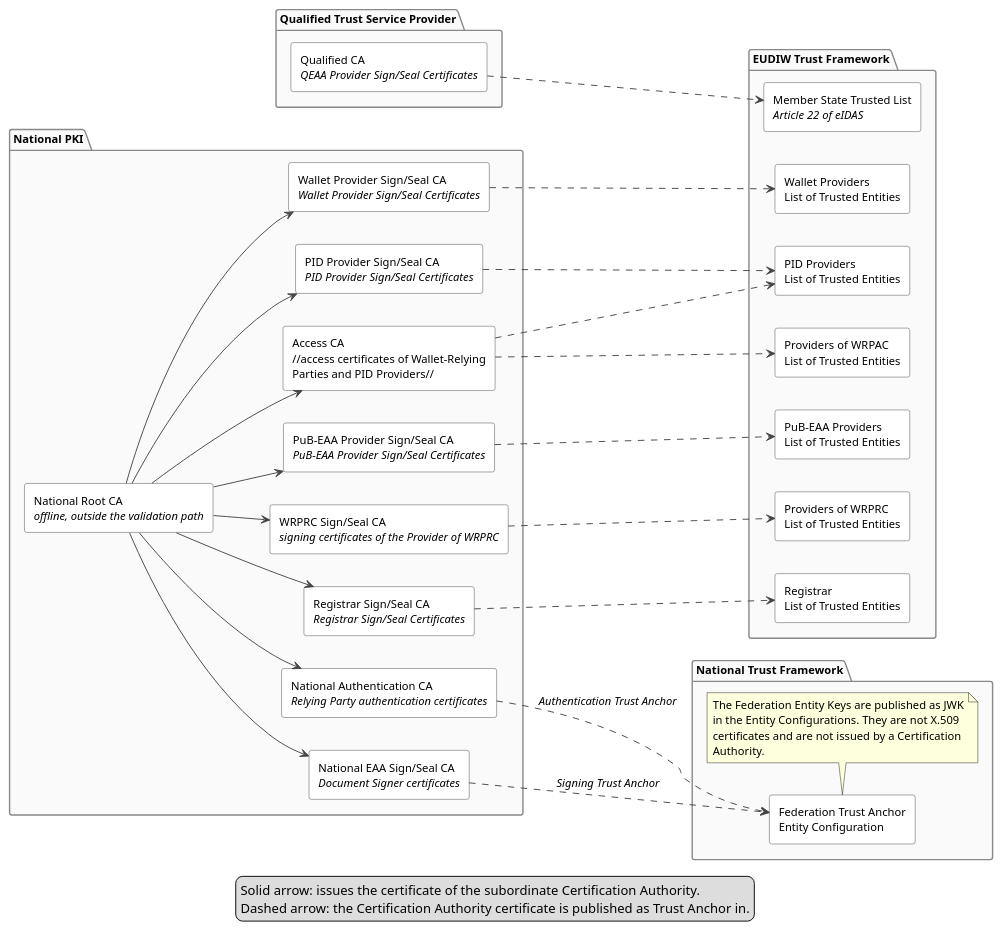
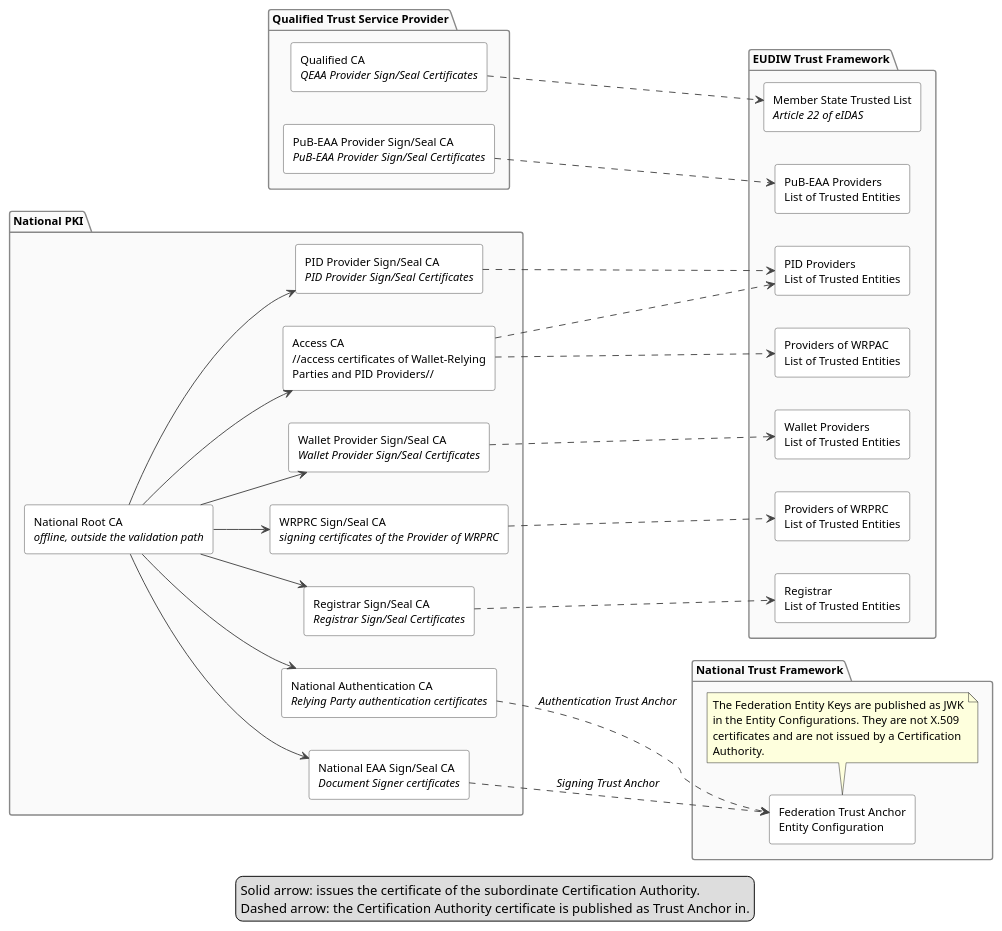
The diagram in docs/en/plantuml/pki-architecture.puml (italia/eid-wallet-it-docs), drawn with PlantUML before and after one commit. The commit also changed other lines of this file and 1 other file, not shown here.

Commit message:
fix: cert of pub-eaa provider is issued by a qtsp

```diff
--- a/docs/en/plantuml/pki-architecture.puml
+++ b/docs/en/plantuml/pki-architecture.puml
@@ -1,90 +1,90 @@
 @startuml IT-Wallet - PKI Architecture
 ' Certification hierarchies and publication channel of the derived Trust Anchors.
 
 skinparam shadowing false
 skinparam defaultFontName Helvetica
 skinparam defaultFontSize 12
 skinparam ArrowColor #444444
 skinparam rectangle {
   BackgroundColor White
   BorderColor #444444
 }
 skinparam package {
   BackgroundColor #FAFAFA
   BorderColor #888888
   FontStyle bold
 }
 
 left to right direction
 
 package "National PKI" as NAT {
 
   rectangle "National Root CA\n//offline, outside the validation path//" as ROOT
 
   rectangle "PID Provider Sign/Seal CA\n//PID Provider Sign/Seal Certificates//" as CA_PIDS
   rectangle "Wallet Provider Sign/Seal CA\n//Wallet Provider Sign/Seal Certificates//" as CA_WP
-  rectangle "PuB-EAA Provider Sign/Seal CA\n//PuB-EAA Provider Sign/Seal Certificates//" as CA_PUB
+  
   rectangle "Access CA\n//access certificates of Wallet-Relying\nParties and PID Providers//" as CA_WRPAC
   rectangle "National Authentication CA\n//Relying Party authentication certificates//" as CA_AUTH
   rectangle "WRPRC Sign/Seal CA\n//signing certificates of the Provider of WRPRC//" as CA_WRPRC
   rectangle "Registrar Sign/Seal CA\n//Registrar Sign/Seal Certificates//" as CA_REG
   rectangle "National EAA Sign/Seal CA\n//Document Signer certificates//" as CA_EAA
 }
 
 package "Qualified Trust Service Provider" as QTSP {
   rectangle "Qualified CA\n//QEAA Provider Sign/Seal Certificates//" as CA_Q
+  rectangle "PuB-EAA Provider Sign/Seal CA\n//PuB-EAA Provider Sign/Seal Certificates//" as CA_PUB
 }
 
 package "EUDIW Trust Framework" as PUBEU {
   rectangle "PID Providers\nList of Trusted Entities" as L_PID
   rectangle "Wallet Providers\nList of Trusted Entities" as L_WP
   rectangle "PuB-EAA Providers\nList of Trusted Entities" as L_PUB
   rectangle "Providers of WRPAC\nList of Trusted Entities" as L_WRPAC
   rectangle "Providers of WRPRC\nList of Trusted Entities" as L_WRPRC
   rectangle "Registrar\nList of Trusted Entities" as L_REG
   rectangle "Member State Trusted List\n//Article 22 of eIDAS//" as L_TL
 }
 
 package "National Trust Framework" as PUBNAT {
   rectangle "Federation Trust Anchor\nEntity Configuration" as L_FED
   note bottom
     The Federation Entity Keys are published as JWK
     in the Entity Configurations. They are not X.509
     certificates and are not issued by a Certification
     Authority.
   end note  
 }
 
 ROOT --> CA_PIDS
 ROOT --> CA_WP
-ROOT --> CA_PUB
 ROOT --> CA_WRPAC
 ROOT --> CA_AUTH
 ROOT --> CA_WRPRC
 ROOT --> CA_REG
 ROOT --> CA_EAA
 
 CA_PIDS ..> L_PID
 CA_WP ..> L_WP
 CA_PUB ..> L_PUB
 CA_WRPAC ..> L_WRPAC
 CA_WRPAC ..> L_PID
 CA_WRPRC ..> L_WRPRC
 CA_REG ..> L_REG
 CA_Q ..> L_TL
 CA_AUTH ..> L_FED : //Authentication Trust Anchor//
 CA_EAA ..> L_FED : //Signing Trust Anchor//
 
 ' note bottom of PUBNAT
 '   The Federation Entity Keys are published as JWK
 '   in the Entity Configurations. They are not X.509
 '   certificates and are not issued by a Certification
 '   Authority.
 ' end note
 
 legend bottom
   Solid arrow: issues the certificate of the subordinate Certification Authority.
   Dashed arrow: the Certification Authority certificate is published as Trust Anchor in.
 endlegend
 
 @enduml
```
